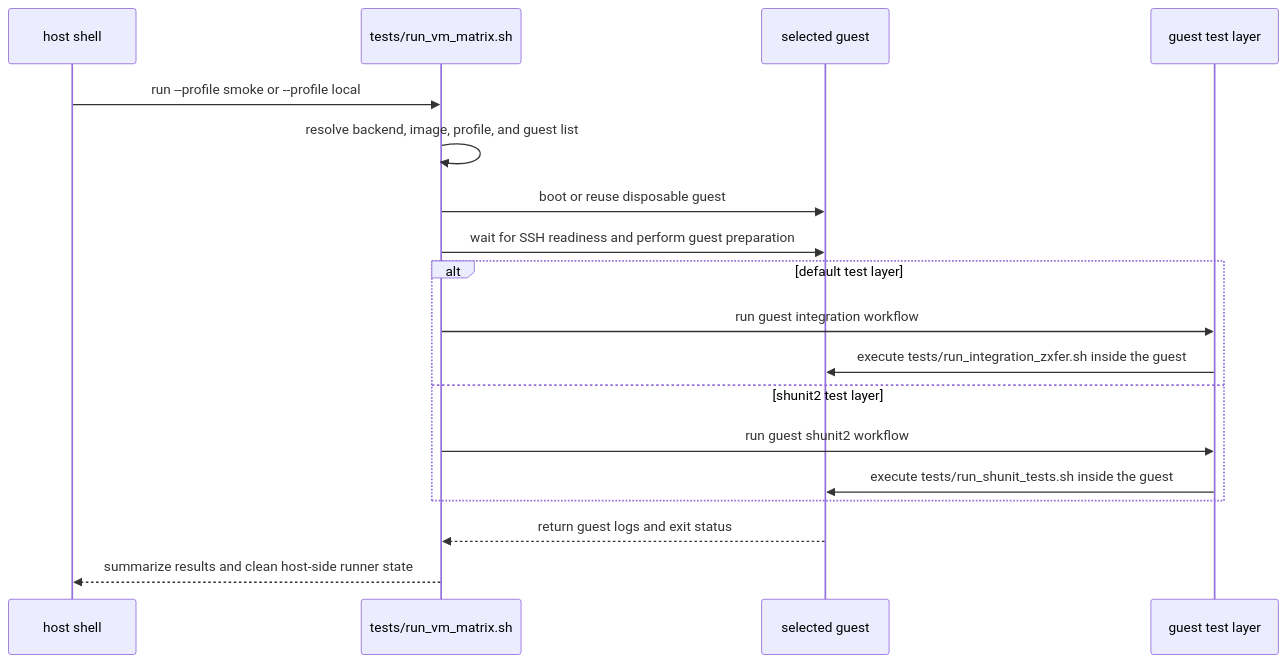
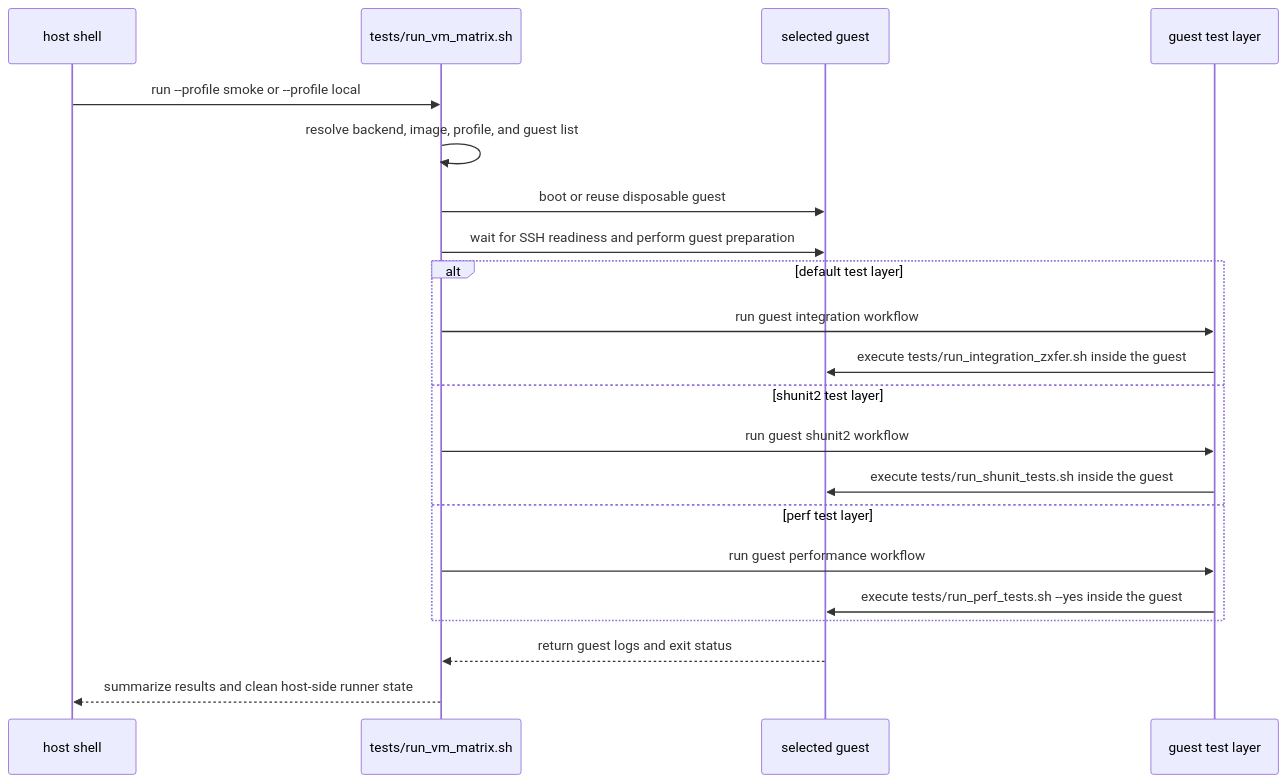
Before and after one commit to totalAldo/zxfer: the second of 2 diagrams in docs/testing.md, drawn with Mermaid. The commit also changed other lines of this file and 22 other files, not shown here.

First line of the commit message:
Add performance tests

````diff
--- a/docs/testing.md
+++ b/docs/testing.md
@@ -272,21 +281,24 @@
 ```mermaid
 sequenceDiagram
     participant Host as host shell
     participant Matrix as tests/run_vm_matrix.sh
     participant Guest as selected guest
     participant Layer as guest test layer
 
     Host->>Matrix: run --profile smoke or --profile local
     Matrix->>Matrix: resolve backend, image, profile, and guest list
     Matrix->>Guest: boot or reuse disposable guest
     Matrix->>Guest: wait for SSH readiness and perform guest preparation
     alt default test layer
         Matrix->>Layer: run guest integration workflow
         Layer->>Guest: execute tests/run_integration_zxfer.sh inside the guest
     else shunit2 test layer
         Matrix->>Layer: run guest shunit2 workflow
         Layer->>Guest: execute tests/run_shunit_tests.sh inside the guest
+    else perf test layer
+        Matrix->>Layer: run guest performance workflow
+        Layer->>Guest: execute tests/run_perf_tests.sh --yes inside the guest
     end
     Guest-->>Matrix: return guest logs and exit status
     Matrix-->>Host: summarize results and clean host-side runner state
 ```
````
